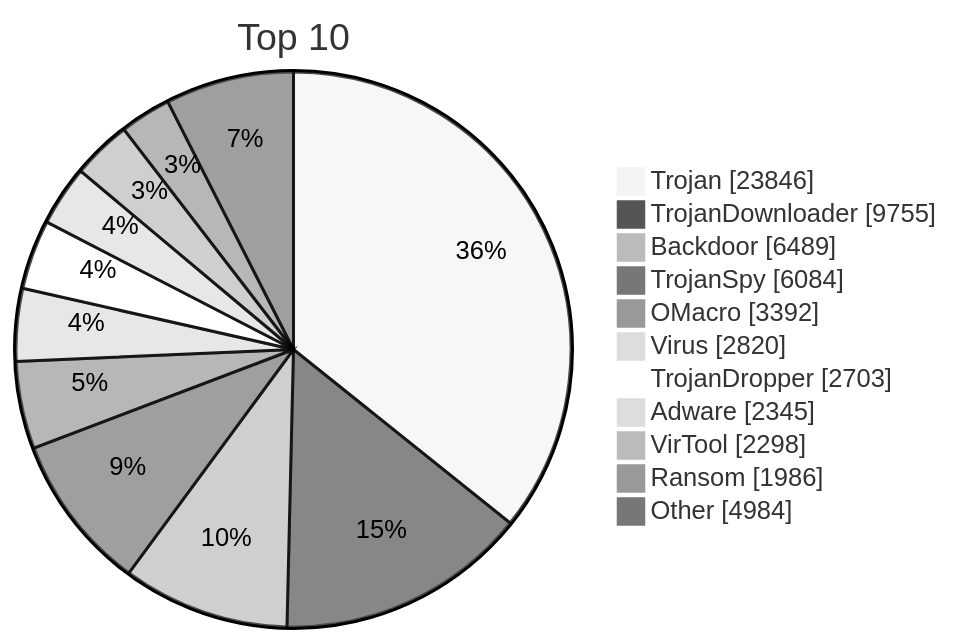
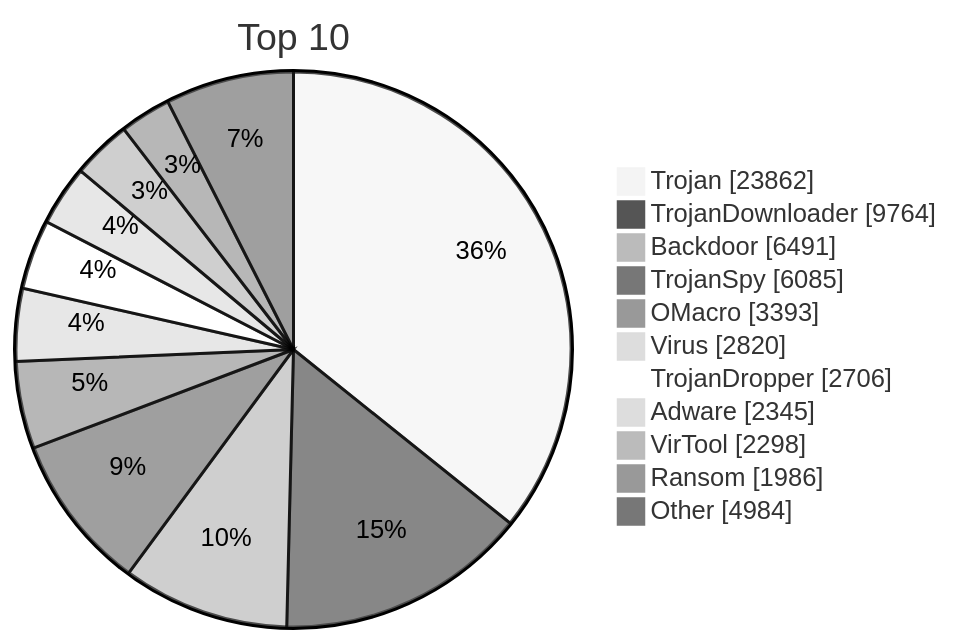
Before and after one commit to JerryLinLinLin/huorong-virdb-changelog: the diagram in README.md, drawn with Mermaid (neutral theme). The commit also changed other lines of this file and 15 other files, not shown here.

````diff
--- a/README.md
+++ b/README.md
@@ -19,15 +19,15 @@
 ```mermaid
 pie showData
     title Top 10
-    "Trojan" : 23846
-    "TrojanDownloader" : 9755
-    "Backdoor" : 6489
-    "TrojanSpy" : 6084
-    "OMacro" : 3392
+    "Trojan" : 23862
+    "TrojanDownloader" : 9764
+    "Backdoor" : 6491
+    "TrojanSpy" : 6085
+    "OMacro" : 3393
     "Virus" : 2820
-    "TrojanDropper" : 2703
+    "TrojanDropper" : 2706
     "Adware" : 2345
     "VirTool" : 2298
     "Ransom" : 1986
     "Other" : 4984
 ```
````
